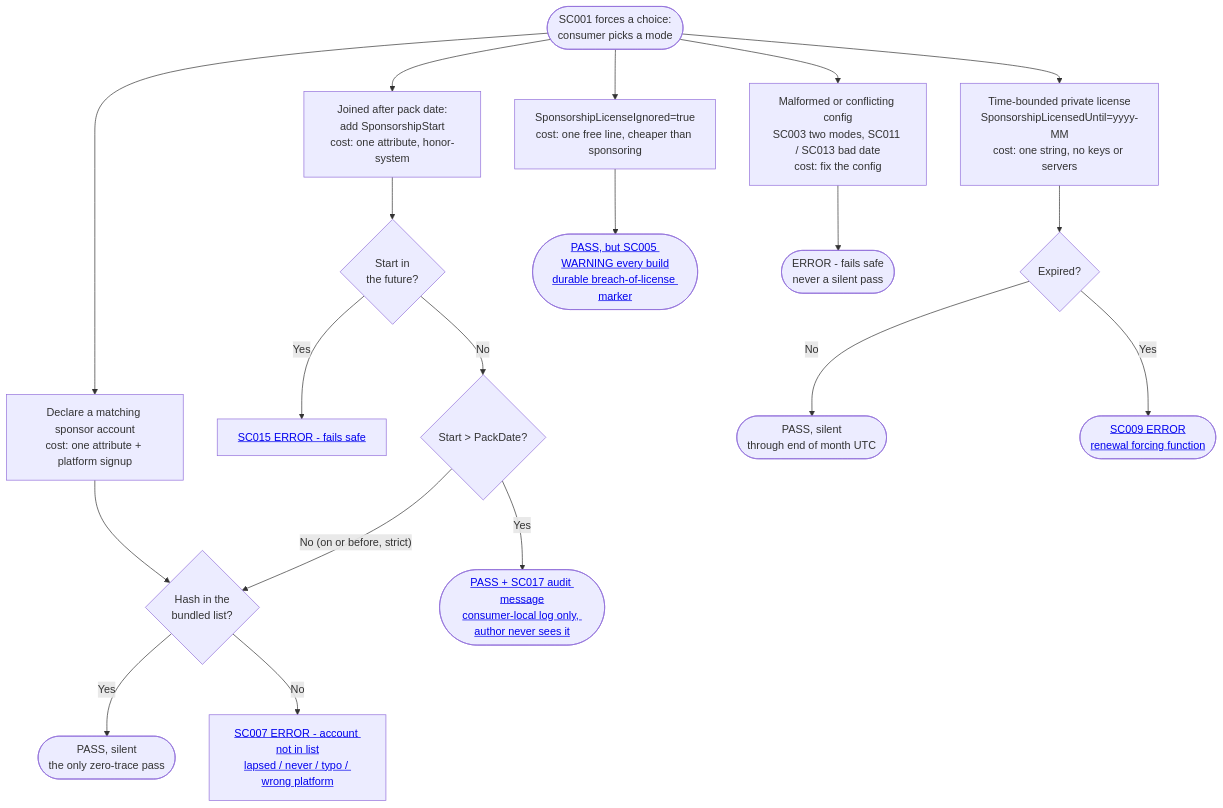
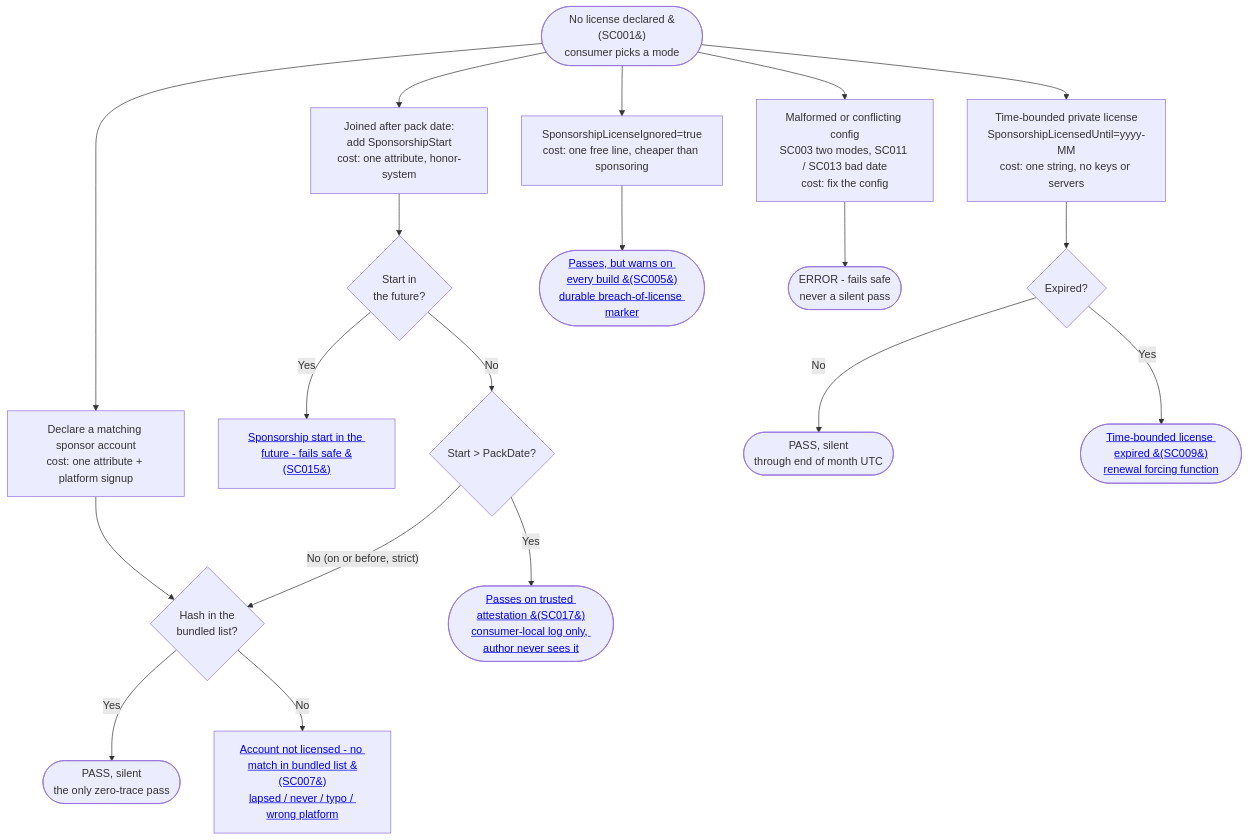
Before and after one commit to SimonCropp/SponsorCheck: the second of 4 diagrams in docs/WhyBuildTimeVerification.md, drawn with Mermaid. The commit also changed other lines of this file, not shown here.

````diff
--- a/docs/WhyBuildTimeVerification.md
+++ b/docs/WhyBuildTimeVerification.md
@@ -75,26 +75,26 @@
 ```mermaid
 flowchart TD
-    Root([SC001 forces a choice:<br/>consumer picks a mode]) --> Sponsor
+    Root([No license declared &#40;SC001&#41;<br/>consumer picks a mode]) --> Sponsor
     Root --> Start
     Root --> License
     Root --> Ignore
     Root --> Bad
 
     Sponsor["Declare a matching sponsor account<br/>cost: one attribute + platform signup"] --> SMatch{"Hash in the<br/>bundled list?"}
     SMatch -->|"Yes"| SPass(["PASS, silent<br/>the only zero-trace pass"])
-    SMatch -->|"No"| SC007[<a href='https://github.com/SimonCropp/SponsorCheck/blob/main/docs/VerifierDiagnosticCodes.md#sc007'>SC007 ERROR - account not in list<br/>lapsed / never / typo / wrong platform</a>]
+    SMatch -->|"No"| SC007[<a href='https://github.com/SimonCropp/SponsorCheck/blob/main/docs/VerifierDiagnosticCodes.md#sc007'>Account not licensed - no match in bundled list &#40;SC007&#41;<br/>lapsed / never / typo / wrong platform</a>]
 
     Start["Joined after pack date:<br/>add SponsorshipStart<br/>cost: one attribute, honor-system"] --> SFuture{"Start in<br/>the future?"}
-    SFuture -->|"Yes"| SC015[<a href='https://github.com/SimonCropp/SponsorCheck/blob/main/docs/VerifierDiagnosticCodes.md#sc015'>SC015 ERROR - fails safe</a>]
+    SFuture -->|"Yes"| SC015[<a href='https://github.com/SimonCropp/SponsorCheck/blob/main/docs/VerifierDiagnosticCodes.md#sc015'>Sponsorship start in the future - fails safe &#40;SC015&#41;</a>]
     SFuture -->|"No"| SAfter{"Start &gt; PackDate?"}
-    SAfter -->|"Yes"| SC017([<a href='https://github.com/SimonCropp/SponsorCheck/blob/main/docs/VerifierDiagnosticCodes.md#sc017'>PASS + SC017 audit message<br/>consumer-local log only, author never sees it</a>])
+    SAfter -->|"Yes"| SC017([<a href='https://github.com/SimonCropp/SponsorCheck/blob/main/docs/VerifierDiagnosticCodes.md#sc017'>Passes on trusted attestation &#40;SC017&#41;<br/>consumer-local log only, author never sees it</a>])
     SAfter -->|"No (on or before, strict)"| SMatch
 
     License["Time-bounded private license<br/>SponsorshipLicensedUntil=yyyy-MM<br/>cost: one string, no keys or servers"] --> LExp{"Expired?"}
     LExp -->|"No"| LPass(["PASS, silent<br/>through end of month UTC"])
-    LExp -->|"Yes"| SC009([<a href='https://github.com/SimonCropp/SponsorCheck/blob/main/docs/VerifierDiagnosticCodes.md#sc009'>SC009 ERROR<br/>renewal forcing function</a>])
+    LExp -->|"Yes"| SC009([<a href='https://github.com/SimonCropp/SponsorCheck/blob/main/docs/VerifierDiagnosticCodes.md#sc009'>Time-bounded license expired &#40;SC009&#41;<br/>renewal forcing function</a>])
 
-    Ignore["SponsorshipLicenseIgnored=true<br/>cost: one free line, cheaper than sponsoring"] --> SC005([<a href='https://github.com/SimonCropp/SponsorCheck/blob/main/docs/VerifierDiagnosticCodes.md#sc005'>PASS, but SC005 WARNING every build<br/>durable breach-of-license marker</a>])
+    Ignore["SponsorshipLicenseIgnored=true<br/>cost: one free line, cheaper than sponsoring"] --> SC005([<a href='https://github.com/SimonCropp/SponsorCheck/blob/main/docs/VerifierDiagnosticCodes.md#sc005'>Passes, but warns on every build &#40;SC005&#41;<br/>durable breach-of-license marker</a>])
 
     Bad["Malformed or conflicting config<br/>SC003 two modes, SC011 / SC013 bad date<br/>cost: fix the config"] --> BadEnd(["ERROR - fails safe<br/>never a silent pass"])
 ```
````
